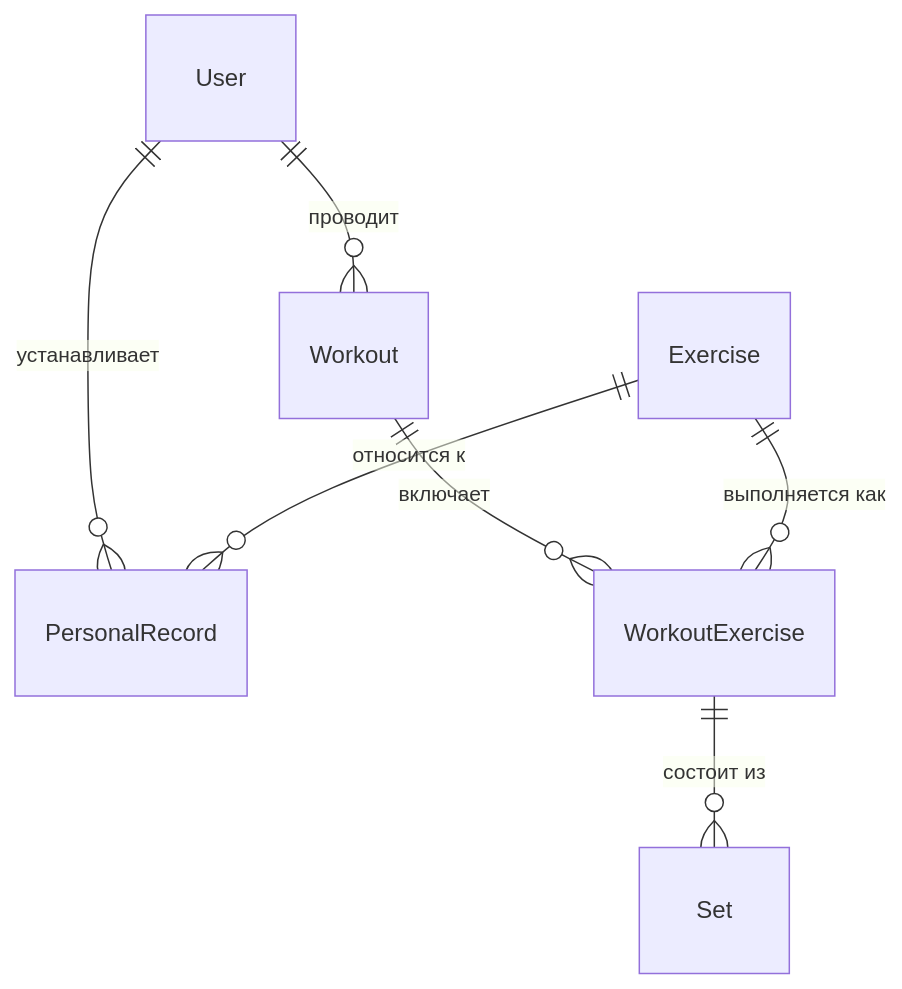
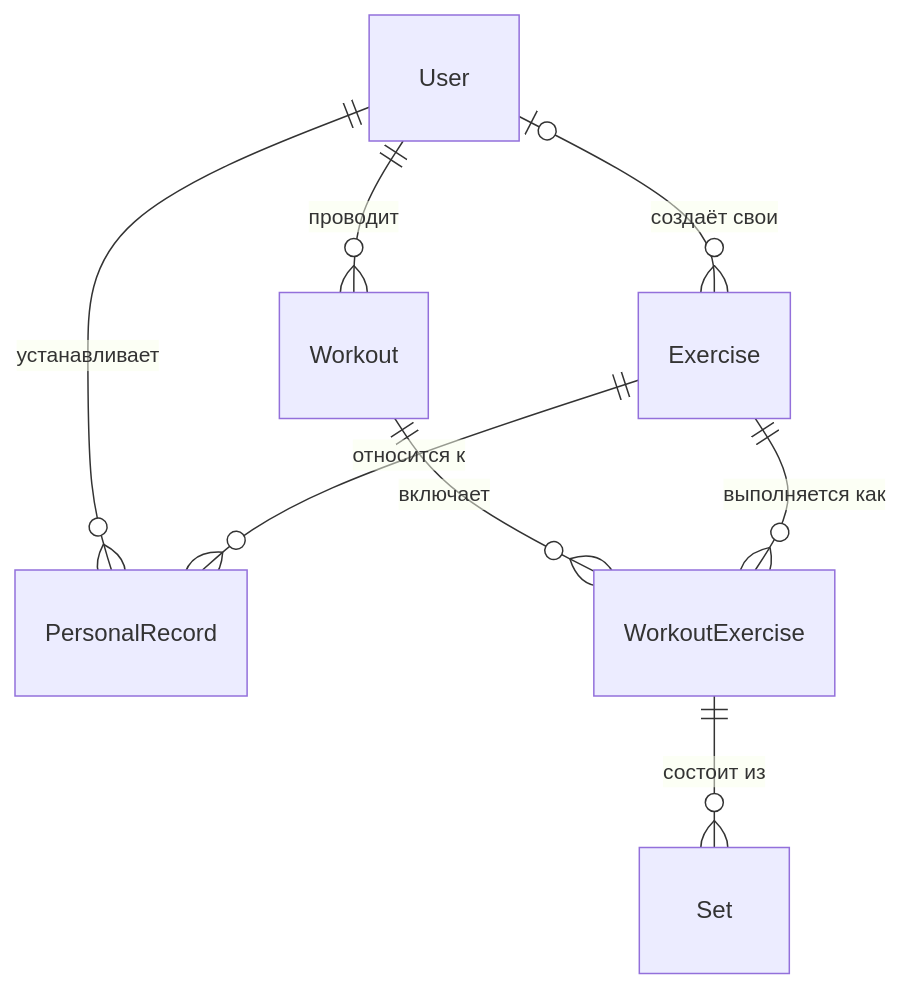
The diagram in README.md (hermit2202/PowerLog), drawn with Mermaid before and after one commit. The commit also changed other lines of this file and 9 other files, not shown here.

````diff
--- a/README.md
+++ b/README.md
@@ -38,9 +41,10 @@
 ```mermaid
 erDiagram
     User ||--o{ Workout : "проводит"
     User ||--o{ PersonalRecord : "устанавливает"
+    User |o--o{ Exercise : "создаёт свои"
     Exercise ||--o{ PersonalRecord : "относится к"
     Workout ||--o{ WorkoutExercise : "включает"
     Exercise ||--o{ WorkoutExercise : "выполняется как"
     WorkoutExercise ||--o{ Set : "состоит из"
 ```
````
